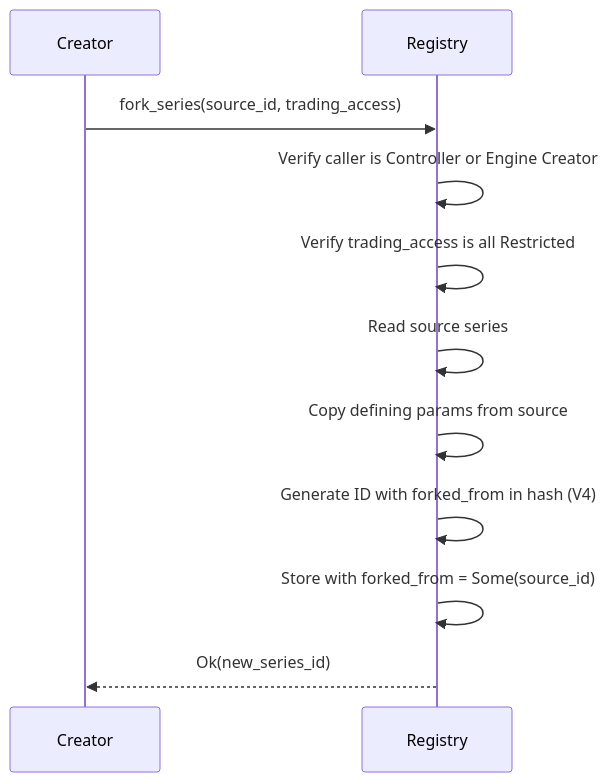
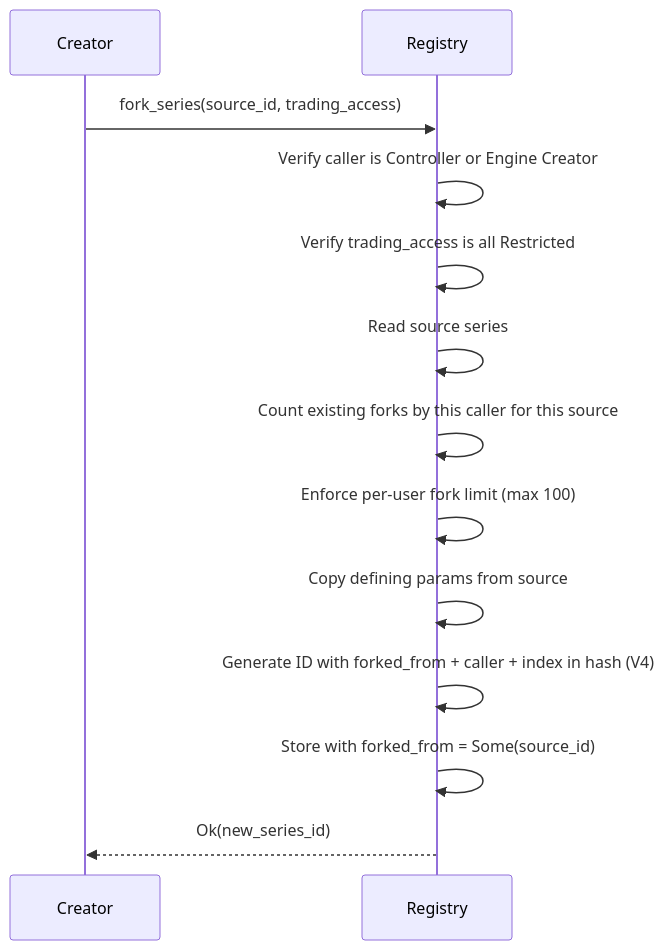
Before and after one commit to AntonioVentilii/icdc-core: the third of 3 diagrams in docs/architecture/engines.md, drawn with Mermaid. The commit also changed other lines of this file and 7 other files, not shown here.

````diff
--- a/docs/architecture/engines.md
+++ b/docs/architecture/engines.md
@@ -133,14 +133,16 @@
 ```mermaid
 sequenceDiagram
     participant Creator
     participant Registry
 
     Creator->>Registry: fork_series(source_id, trading_access)
     Registry->>Registry: Verify caller is Controller or Engine Creator
     Registry->>Registry: Verify trading_access is all Restricted
     Registry->>Registry: Read source series
+    Registry->>Registry: Count existing forks by this caller for this source
+    Registry->>Registry: Enforce per-user fork limit (max 100)
     Registry->>Registry: Copy defining params from source
-    Registry->>Registry: Generate ID with forked_from in hash (V4)
+    Registry->>Registry: Generate ID with forked_from + caller + index in hash (V4)
     Registry->>Registry: Store with forked_from = Some(source_id)
     Registry-->>Creator: Ok(new_series_id)
 ```
````
